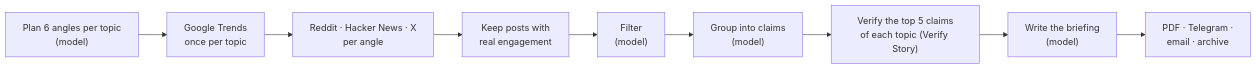
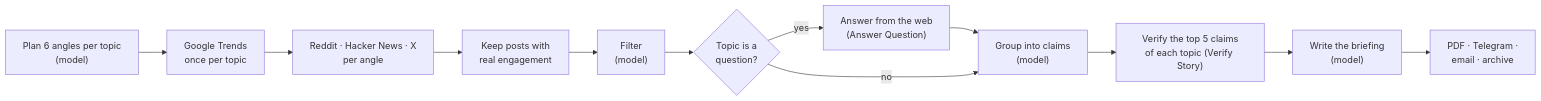
Before and after one commit to thalderg/n8n: the second of 8 diagrams in workflows/claim-checks/README.md, drawn with Mermaid. The commit also changed other lines of this file and 2 other files, not shown here.

First line of the commit message:
Claim Checks: name failed sources, no silent gaps; README shows questions, per-topic limits, page reading

````diff
--- a/workflows/claim-checks/README.md
+++ b/workflows/claim-checks/README.md
@@ -91,11 +91,14 @@
 ```mermaid
 flowchart LR
     A["Plan 6 angles per topic<br/>(model)"] --> B["Google Trends<br/>once per topic"]
     B --> C["Reddit · Hacker News · X<br/>per angle"]
     C --> D["Keep posts with<br/>real engagement"]
     D --> E["Filter<br/>(model)"]
-    E --> F["Group into claims<br/>(model)"]
+    E --> Q{"Topic is a<br/>question?"}
+    Q -- yes --> QA["Answer from the web<br/>(Answer Question)"]
+    QA --> F
+    Q -- no --> F["Group into claims<br/>(model)"]
     F --> G["Verify the top 5 claims<br/>of each topic (Verify Story)"]
     G --> H["Write the briefing<br/>(model)"]
     H --> I["PDF · Telegram ·<br/>email · archive"]
 ```
````
